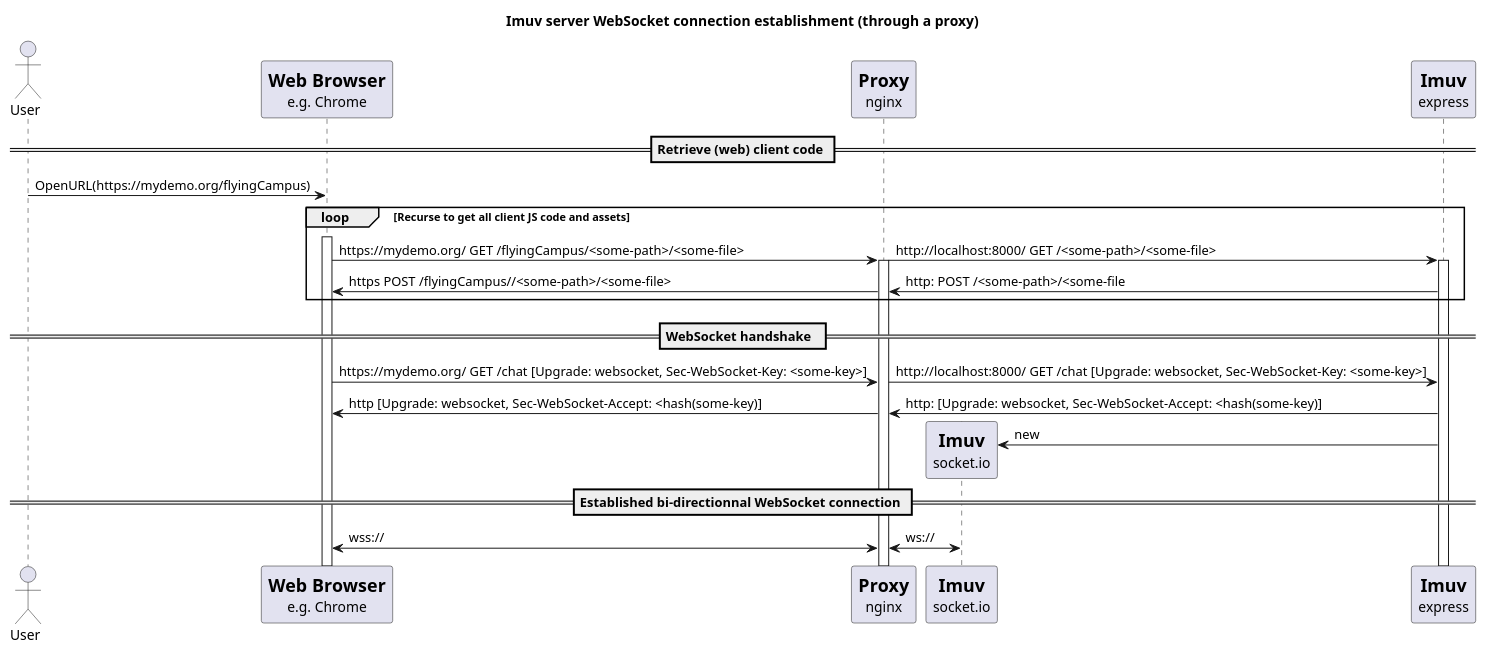
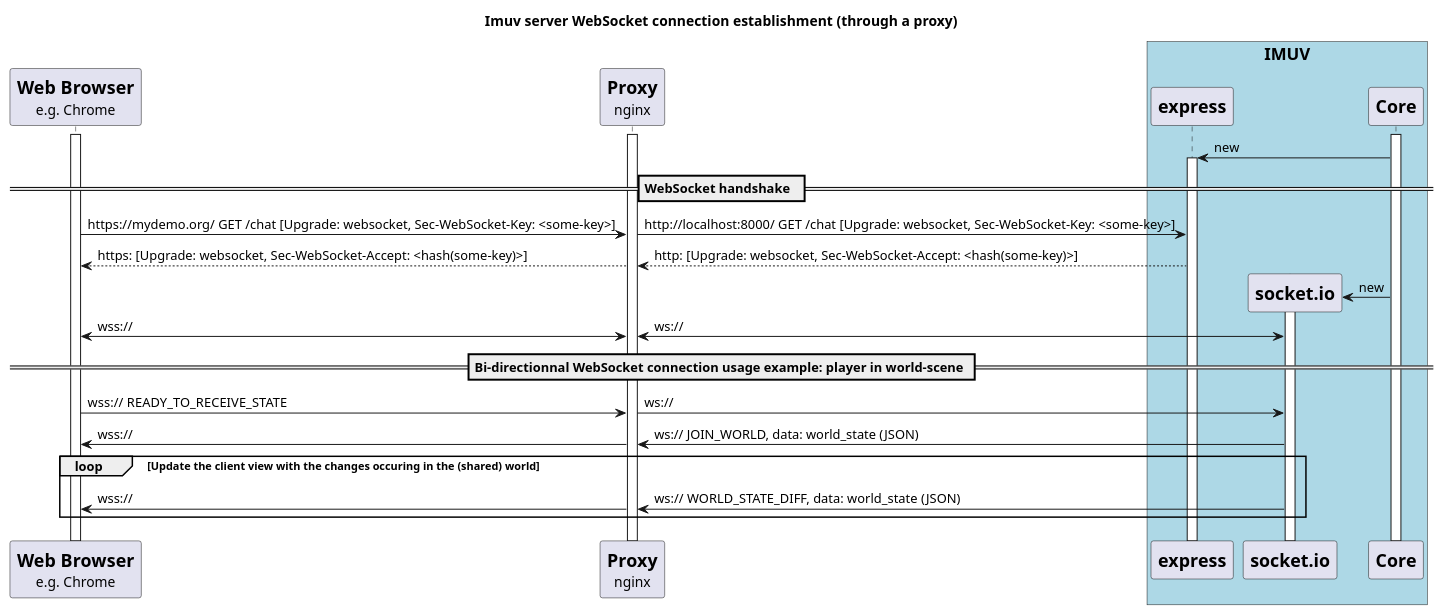
The diagram in Doc/Devel/Diagrams/client-imuv_server-websocket-handshake-trough-proxy.puml (VCityTeam/UD-Imuv), drawn with PlantUML before and after one commit. The commit also changed 4 other files, not shown here.

Commit message:
Added a BBB server room creation diagram

```diff
--- a/Doc/Devel/Diagrams/client-imuv_server-websocket-handshake-trough-proxy.puml
+++ b/Doc/Devel/Diagrams/client-imuv_server-websocket-handshake-trough-proxy.puml
@@ -1,49 +1,53 @@
 @startuml
 'For same line messages support
 !pragma teoz true
 
 title Imuv server WebSocket connection establishment (through a proxy)
 
-actor User
 participant WebBrowser [
   =Web Browser
   e.g. Chrome
 ]
 participant Proxy [
   =Proxy
   nginx
 ]
-participant socket.io [
-  =Imuv
-  socket.io
-]
-participant Imuv [
-  =Imuv
-  express
-]
 
-== Retrieve (web) client code ==
-User -> WebBrowser : OpenURL(https://mydemo.org/flyingCampus)
+box =IMUV #LightBlue
+  participant "=express" as ImuvExpress
+  participant "=socket.io" as ImuvWebsocket
+  participant "=Core" as Imuv
+end box
 
-loop Recurse to get all client JS code and assets
-  activate WebBrowser
-  WebBrowser -> Proxy : https://mydemo.org/ GET /flyingCampus/<some-path>/<some-file>
-  activate Proxy
-  &Proxy -> Imuv : http://localhost:8000/ GET /<some-path>/<some-file>
-  activate Imuv
-  Proxy <- Imuv : http: POST /<some-path>/<some-file
-  &WebBrowser <- Proxy : https POST /flyingCampus//<some-path>/<some-file>
-end
+activate WebBrowser
+activate Proxy
+activate Imuv
+
+ImuvExpress <- Imuv: new
+activate ImuvExpress
 
 == WebSocket handshake  ==
 WebBrowser -> Proxy : https://mydemo.org/ GET /chat [Upgrade: websocket, Sec-WebSocket-Key: <some-key>]
-& Proxy -> Imuv : http://localhost:8000/ GET /chat [Upgrade: websocket, Sec-WebSocket-Key: <some-key>]
-Proxy <- Imuv : http: [Upgrade: websocket, Sec-WebSocket-Accept: <hash(some-key)]
-&WebBrowser <- Proxy : http [Upgrade: websocket, Sec-WebSocket-Accept: <hash(some-key)]
-socket.io <- Imuv **: new
+& Proxy -> ImuvExpress : http://localhost:8000/ GET /chat [Upgrade: websocket, Sec-WebSocket-Key: <some-key>]
+Proxy <-- ImuvExpress : http: [Upgrade: websocket, Sec-WebSocket-Accept: <hash(some-key)>]
+&WebBrowser <-- Proxy : https: [Upgrade: websocket, Sec-WebSocket-Accept: <hash(some-key)>]
+ImuvWebsocket <- Imuv **: new
+activate ImuvWebsocket
 
-== Established bi-directionnal WebSocket connection ==
-Proxy <-> socket.io: ws://
-&WebBrowser <-> Proxy: wss://
+WebBrowser <-> Proxy: wss://
+&Proxy <-> ImuvWebsocket: ws://
+
+== Bi-directionnal WebSocket connection usage example: player in world-scene ==
+
+WebBrowser -> Proxy: wss:// READY_TO_RECEIVE_STATE
+&Proxy -> ImuvWebsocket: ws://
+
+Proxy <- ImuvWebsocket: ws:// JOIN_WORLD, data: world_state (JSON)
+&WebBrowser <- Proxy: wss:// 
+
+loop Update the client view with the changes occuring in the (shared) world
+  Proxy <- ImuvWebsocket: ws:// WORLD_STATE_DIFF, data: world_state (JSON)
+  &WebBrowser <- Proxy: wss:// 
+end
 
 @enduml
```
